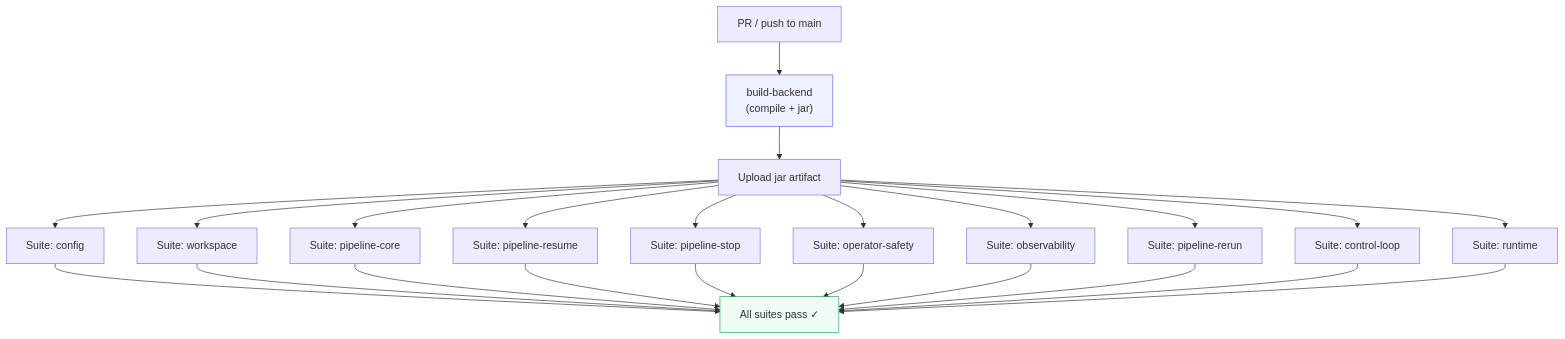
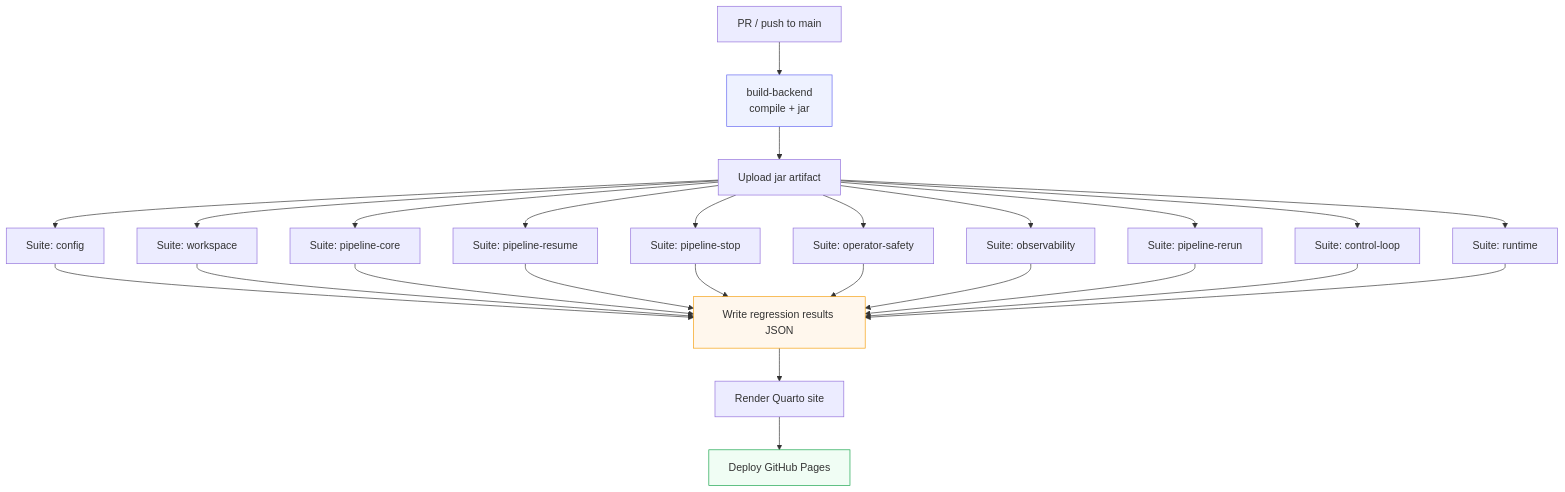
The diagram in quarto/performance.qmd (tibame201020/IrisPipe), drawn with Mermaid before and after one commit. The commit also changed other lines of this file and 5 other files, not shown here.

Commit message:
docs: publish k6 results in Quarto site

````diff
--- a/quarto/performance.qmd
+++ b/quarto/performance.qmd
@@ -127,21 +170,24 @@
 ```{mermaid}
 flowchart TD
-  P["PR / push to main"] --> B["build-backend\n(compile + jar)"]
+  P["PR / push to main"] --> B["build-backend\ncompile + jar"]
   B --> AR["Upload jar artifact"]
 
   AR --> M1["Suite: config"]
   AR --> M2["Suite: workspace"]
   AR --> M3["Suite: pipeline-core"]
   AR --> M4["Suite: pipeline-resume"]
   AR --> M5["Suite: pipeline-stop"]
   AR --> M6["Suite: operator-safety"]
   AR --> M7["Suite: observability"]
   AR --> M8["Suite: pipeline-rerun"]
   AR --> M9["Suite: control-loop"]
   AR --> M10["Suite: runtime"]
 
-  M1 & M2 & M3 & M4 & M5 & M6 & M7 & M8 & M9 & M10 --> DONE["All suites pass ✓"]
+  M1 & M2 & M3 & M4 & M5 & M6 & M7 & M8 & M9 & M10 --> S["Write regression results JSON"]
+  S --> Q["Render Quarto site"]
+  Q --> D["Deploy GitHub Pages"]
 
   style B fill:#eef2ff,stroke:#6366f1
-  style DONE fill:#f0fdf4,stroke:#16a34a
+  style S fill:#fff7ed,stroke:#f59e0b
+  style D fill:#f0fdf4,stroke:#16a34a
 ```
````
